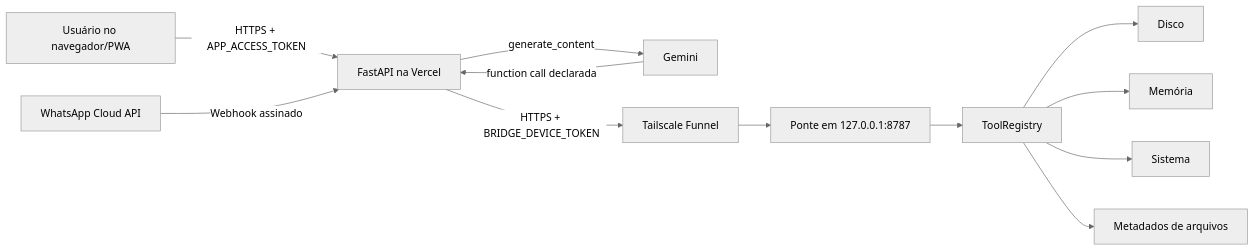
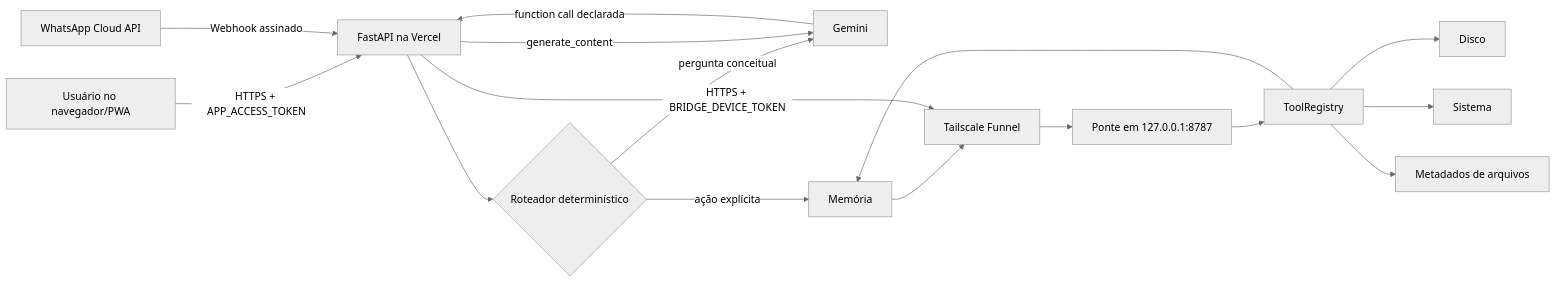
The diagram in docs/ARCHITECTURE.md (leon337/meu_primeiro_agente), drawn with Mermaid (neutral theme) before and after one commit. The commit also changed other lines of this file and 15 other files, not shown here.

````diff
--- a/docs/ARCHITECTURE.md
+++ b/docs/ARCHITECTURE.md
@@ -7,14 +7,18 @@
 ```mermaid
 flowchart LR
     U[Usuário no navegador/PWA] -->|HTTPS + APP_ACCESS_TOKEN| V[FastAPI na Vercel]
     W[WhatsApp Cloud API] -->|Webhook assinado| V
+    V --> I{Roteador determinístico}
+    I -->|pergunta conceitual| G
+    I -->|ação explícita| M[API de missões]
+    M --> T
     V -->|generate_content| G[Gemini]
     G -->|function call declarada| V
     V -->|HTTPS + BRIDGE_DEVICE_TOKEN| T[Tailscale Funnel]
     T --> B[Ponte em 127.0.0.1:8787]
     B --> R[ToolRegistry]
     R --> D[Disco]
     R --> M[Memória]
     R --> S[Sistema]
     R --> F[Metadados de arquivos]
 ```
````
